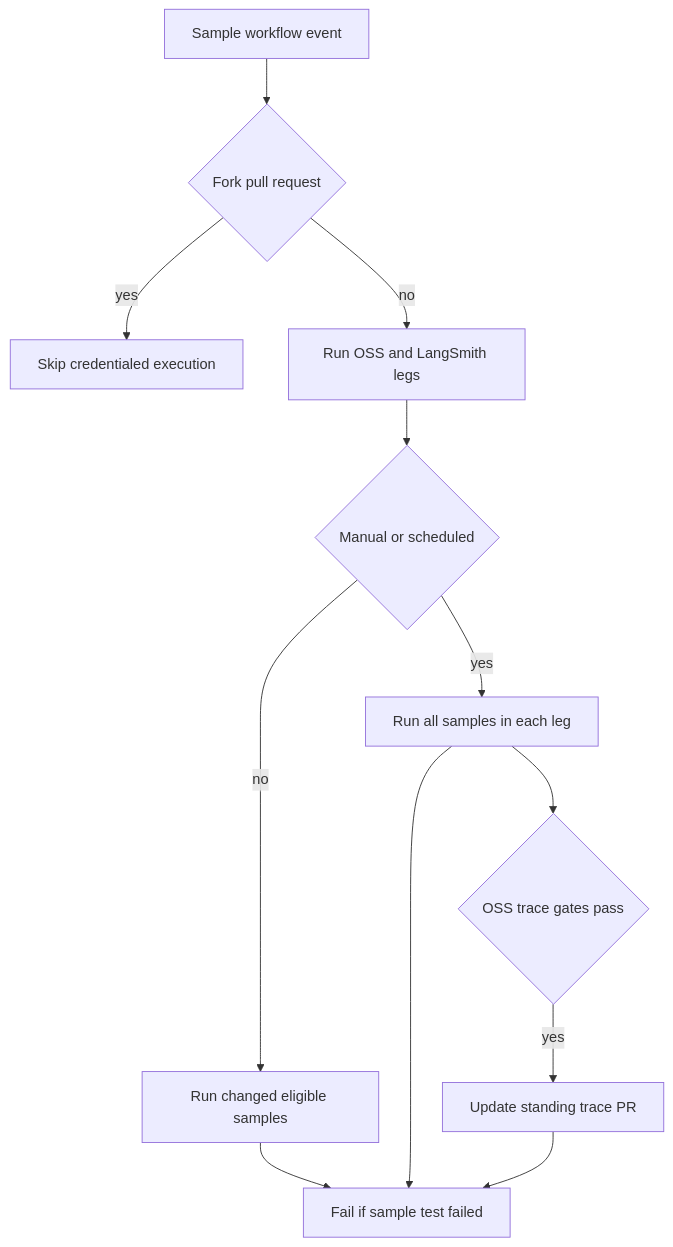
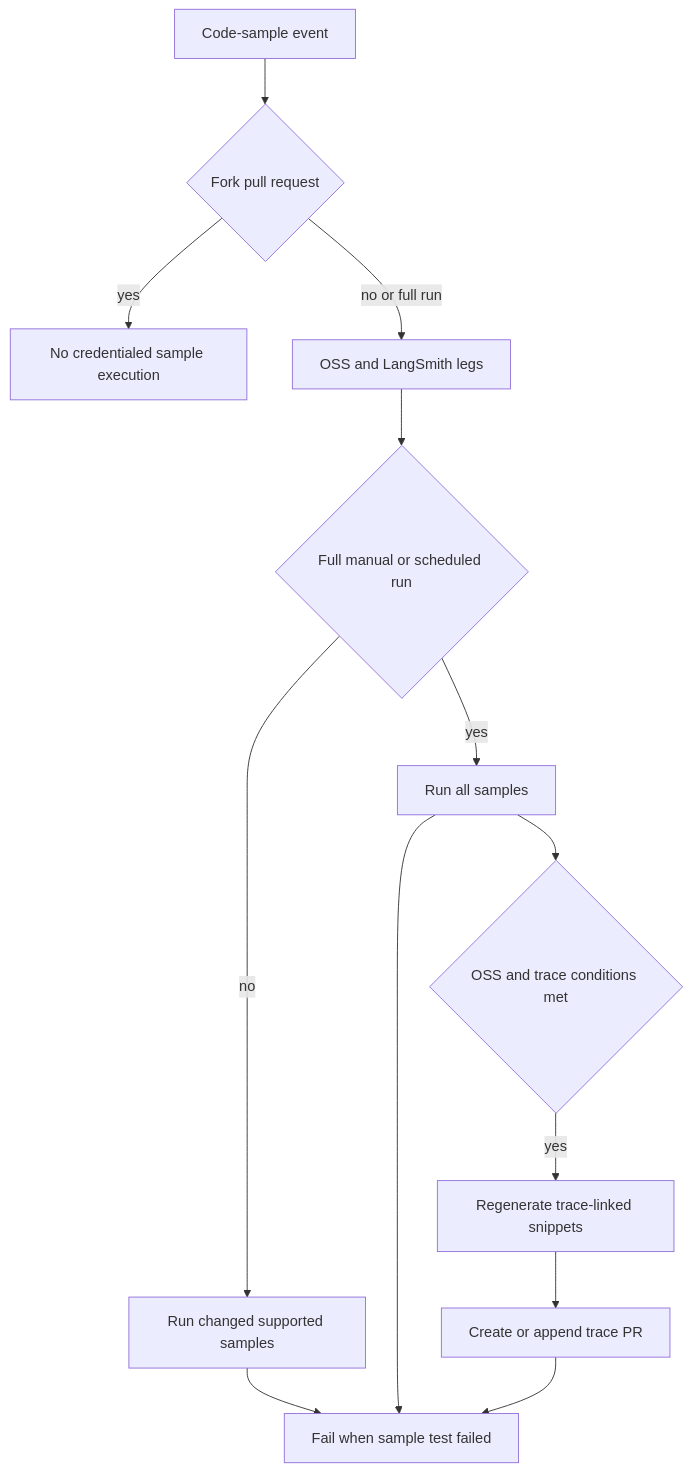
The second of 2 diagrams in openwiki/integrations/github-actions.md (langchain-ai/docs), drawn with Mermaid before and after one commit. The commit also changed other lines of this file and 33 other files, not shown here.

````diff
--- a/openwiki/integrations/github-actions.md
+++ b/openwiki/integrations/github-actions.md
@@ -125,14 +101,15 @@
 ```mermaid
 flowchart TD
-  Event["Sample workflow event"] --> Fork{"Fork pull request"}
-  Fork -->|"yes"| Skip["Skip credentialed execution"]
-  Fork -->|"no"| Legs["Run OSS and LangSmith legs"]
-  Legs --> Scope{"Manual or scheduled"}
-  Scope -->|"no"| Diff["Run changed eligible samples"]
-  Scope -->|"yes"| All["Run all samples in each leg"]
-  All --> Gate{"OSS trace gates pass"}
-  Gate -->|"yes"| TracePr["Update standing trace PR"]
-  Diff --> Result["Fail if sample test failed"]
-  All --> Result
-  TracePr --> Result
+  Event["Code-sample event"] --> Fork{"Fork pull request"}
+  Fork -->|"yes"| Skip["No credentialed sample execution"]
+  Fork -->|"no or full run"| Matrix["OSS and LangSmith legs"]
+  Matrix --> Mode{"Full manual or scheduled run"}
+  Mode -->|"no"| Changed["Run changed supported samples"]
+  Mode -->|"yes"| All["Run all samples"]
+  All --> TraceGate{"OSS and trace conditions met"}
+  TraceGate -->|"yes"| Snippets["Regenerate trace-linked snippets"]
+  Snippets --> TracePR["Create or append trace PR"]
+  Changed --> Final["Fail when sample test failed"]
+  All --> Final
+  TracePR --> Final
 ```
````
